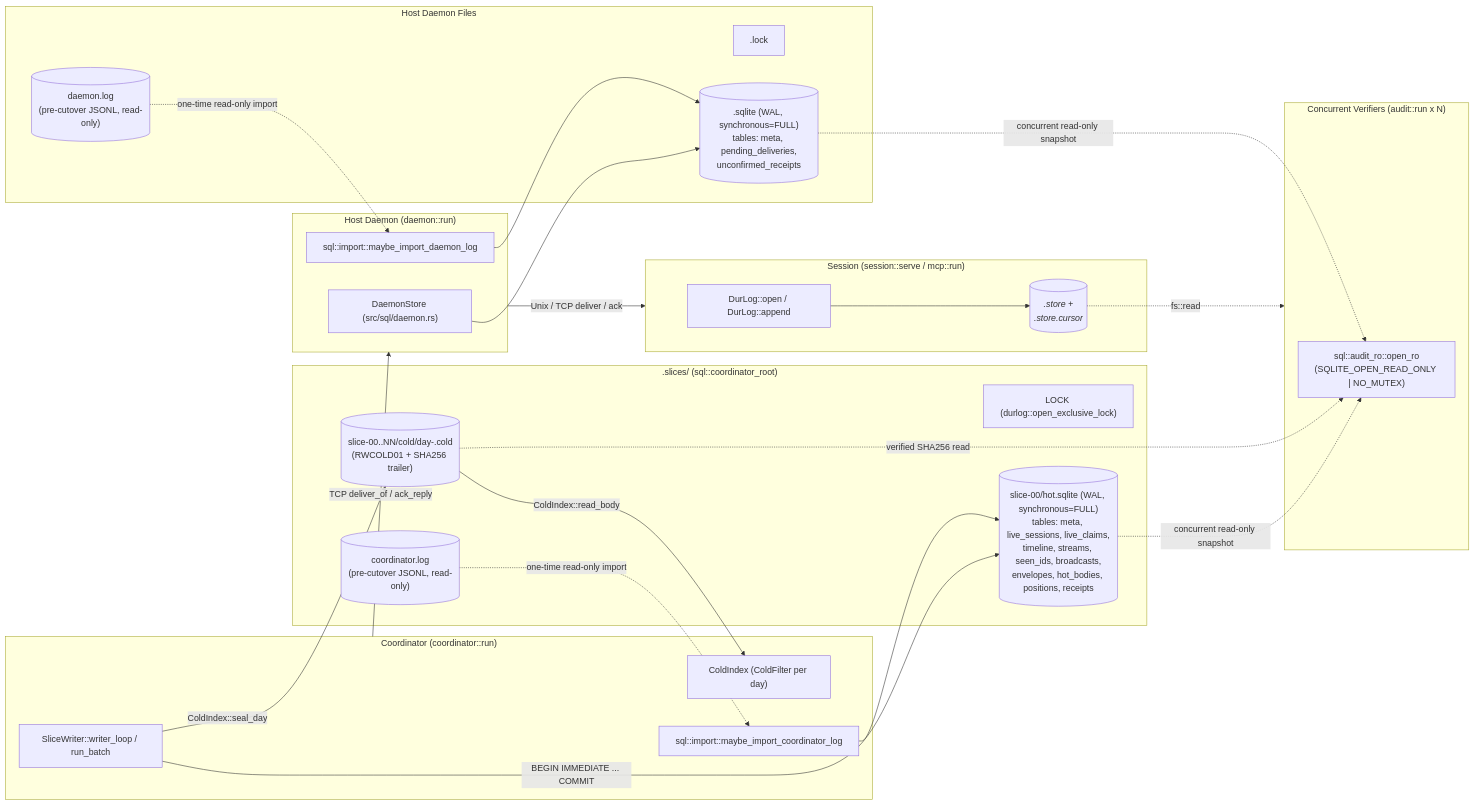
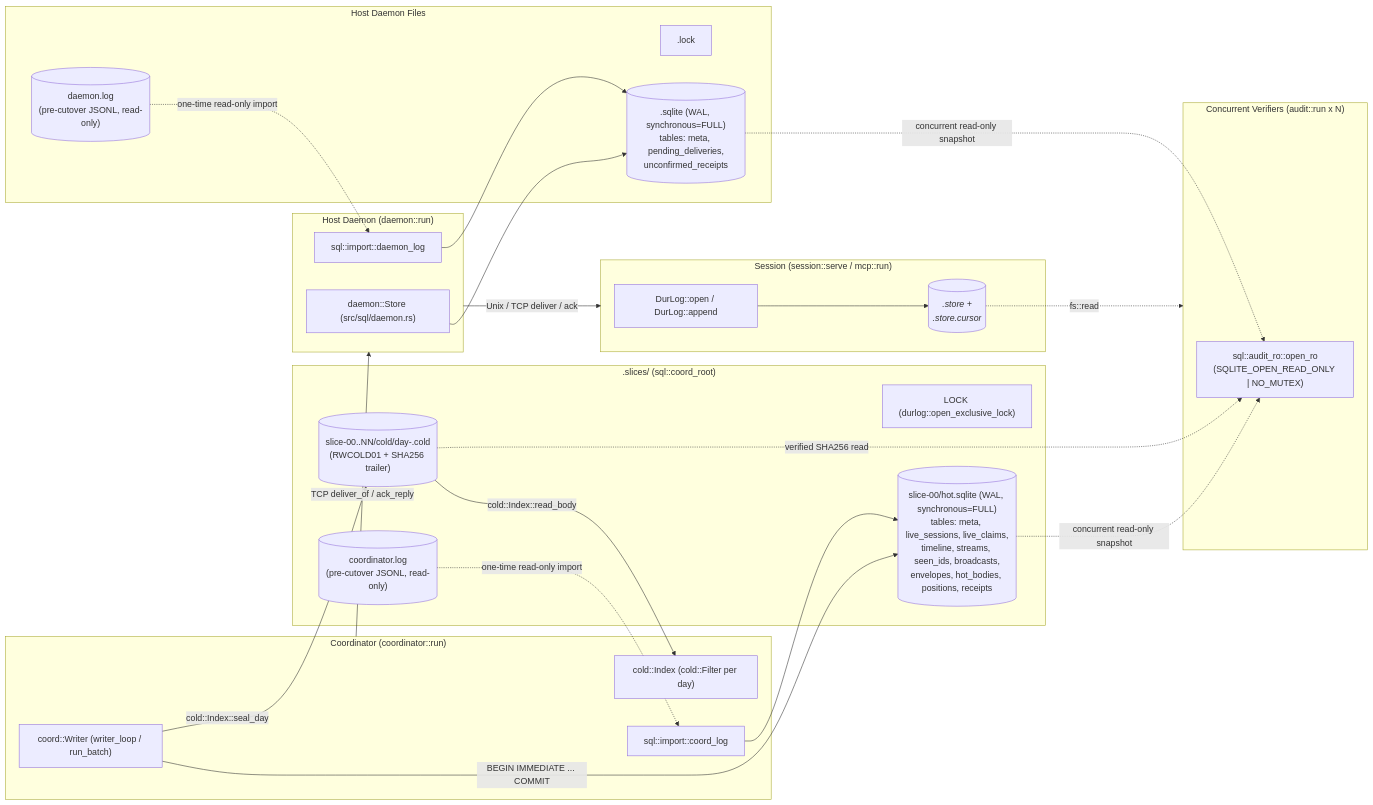
One commit to JangMan-J/roger-wilco changed the first of 5 diagrams in docs/STORAGE.md. Above: the diagram before and after it, drawn with Mermaid. The commit also changed other lines of this file and 14 other files, not shown here.

````diff
--- a/docs/STORAGE.md
+++ b/docs/STORAGE.md
@@ -12,54 +12,54 @@
 ```mermaid
 flowchart LR
     subgraph CoordProc["Coordinator (coordinator::run)"]
-        CW["SliceWriter::writer_loop / run_batch"]
-        CI["ColdIndex (ColdFilter per day)"]
-        IMPC["sql::import::maybe_import_coordinator_log"]
+        CW["coord::Writer (writer_loop / run_batch)"]
+        CI["cold::Index (cold::Filter per day)"]
+        IMPC["sql::import::coord_log"]
     end
 
-    subgraph CoordDisk["<data>.slices/ (sql::coordinator_root)"]
+    subgraph CoordDisk["<data>.slices/ (sql::coord_root)"]
         CLOCK["LOCK (durlog::open_exclusive_lock)"]
         HOT[("slice-00/hot.sqlite (WAL, synchronous=FULL)\ntables: meta, live_sessions, live_claims,\ntimeline, streams, seen_ids, broadcasts,\nenvelopes, hot_bodies, positions, receipts")]
         COLD[("slice-00..NN/cold/day-<bucket>.cold\n(RWCOLD01 + SHA256 trailer)")]
         LEG_C[("coordinator.log\n(pre-cutover JSONL, read-only)")]
     end
 
     subgraph DaemonProc["Host Daemon (daemon::run)"]
-        DS["DaemonStore (src/sql/daemon.rs)"]
-        IMPD["sql::import::maybe_import_daemon_log"]
+        DS["daemon::Store (src/sql/daemon.rs)"]
+        IMPD["sql::import::daemon_log"]
     end
 
     subgraph DaemonDisk["Host Daemon Files"]
         DLOCK["<daemon>.lock"]
         DDB[("<daemon>.sqlite (WAL, synchronous=FULL)\ntables: meta, pending_deliveries,\nunconfirmed_receipts")]
         LEG_D[("daemon.log\n(pre-cutover JSONL, read-only)")]
     end
 
     subgraph SessProc["Session (session::serve / mcp::run)"]
         SLOG["DurLog::open / DurLog::append"]
         SSTORE[("<address>.store + <address>.store.cursor")]
     end
 
     subgraph AuditProc["Concurrent Verifiers (audit::run x N)"]
         ARO["sql::audit_ro::open_ro\n(SQLITE_OPEN_READ_ONLY | NO_MUTEX)"]
     end
 
     LEG_C -. "one-time read-only import" .-> IMPC
     IMPC --> HOT
     CW -- "BEGIN IMMEDIATE ... COMMIT" --> HOT
-    CW -- "ColdIndex::seal_day" --> COLD
-    COLD -- "ColdIndex::read_body" --> CI
+    CW -- "cold::Index::seal_day" --> COLD
+    COLD -- "cold::Index::read_body" --> CI
 
     CoordProc -- "TCP deliver_of / ack_reply" --> DaemonProc
     LEG_D -. "one-time read-only import" .-> IMPD
     IMPD --> DDB
     DS --> DDB
 
     DaemonProc -- "Unix / TCP deliver / ack" --> SessProc
     SLOG --> SSTORE
 
     HOT -. "concurrent read-only snapshot" .-> ARO
     COLD -. "verified SHA256 read" .-> ARO
     DDB -. "concurrent read-only snapshot" .-> ARO
     SSTORE -. "fs::read" .-> AuditProc
 ```
````
